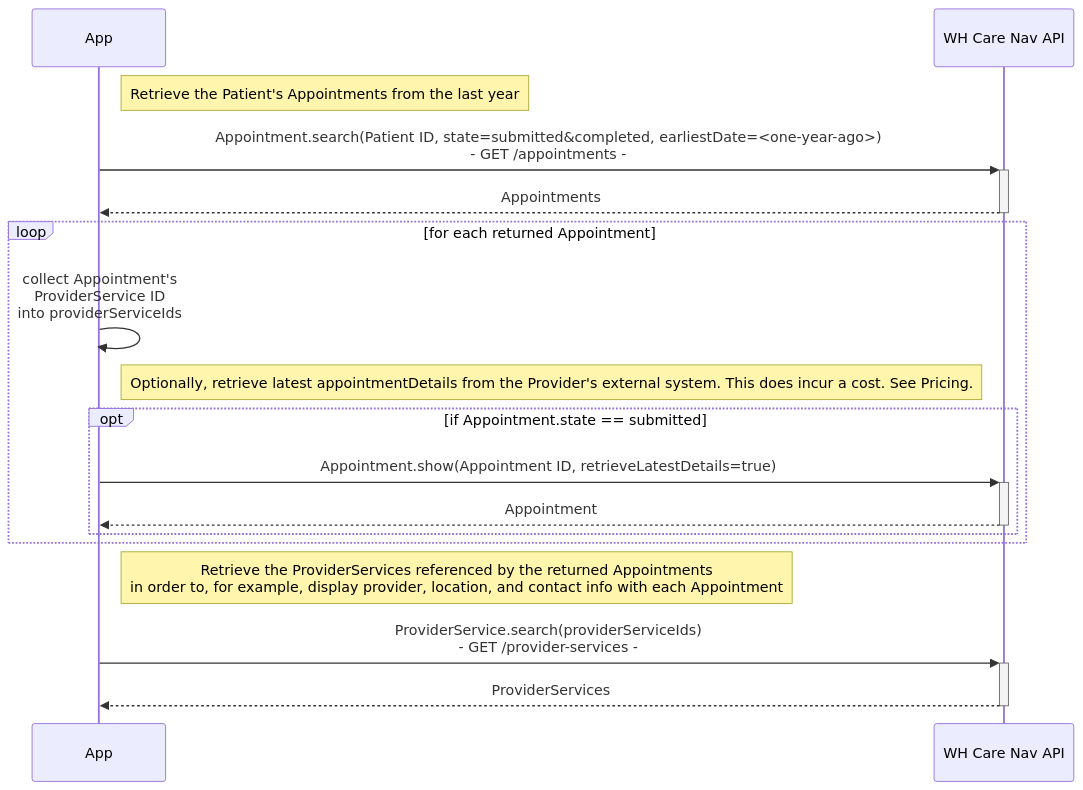
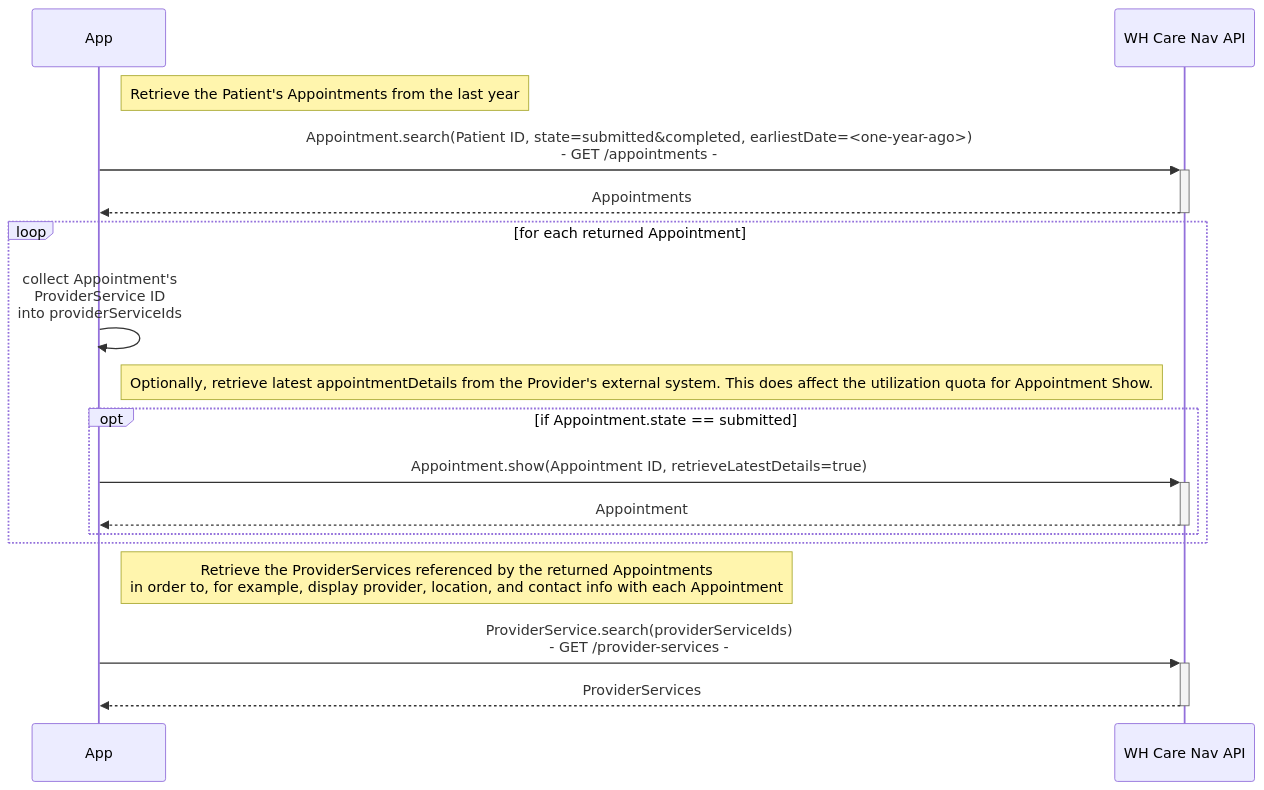
One commit to wellhive/api-docs changed the fifth of 6 diagrams in README.md. Above: the diagram before and after it, drawn with Mermaid. The commit also changed other lines of this file and 1 other file, not shown here.

````diff
--- a/README.md
+++ b/README.md
@@ -220,25 +220,25 @@
 ```mermaid
 sequenceDiagram
 
 participant c as App
 participant n as WH Care Nav API
 
 Note right of c: Retrieve the Patient's Appointments from the last year
 c->>+n: Appointment.search(Patient ID, state=submitted&completed, earliestDate=<one-year-ago>)<br>- GET /appointments -
 n-->>-c: Appointments
 
 loop for each returned Appointment
 c->>c: collect Appointment's<br>ProviderService ID<br>into providerServiceIds
 
-Note right of c: Optionally, retrieve latest appointmentDetails from the Provider's external system.  This does incur a cost.  See Pricing.
+Note right of c: Optionally, retrieve latest appointmentDetails from the Provider's external system.  This does affect the utilization quota for Appointment Show.
 opt if Appointment.state == submitted
 c->>+n: Appointment.show(Appointment ID, retrieveLatestDetails=true)
 n-->>-c: Appointment
 end
 
 end
 
 Note right of c: Retrieve the ProviderServices referenced by the returned Appointments<br> in order to, for example, display provider, location, and contact info with each Appointment
 c->>+n: ProviderService.search(providerServiceIds)<br>- GET /provider-services -
 n-->>-c: ProviderServices
 ```
````
